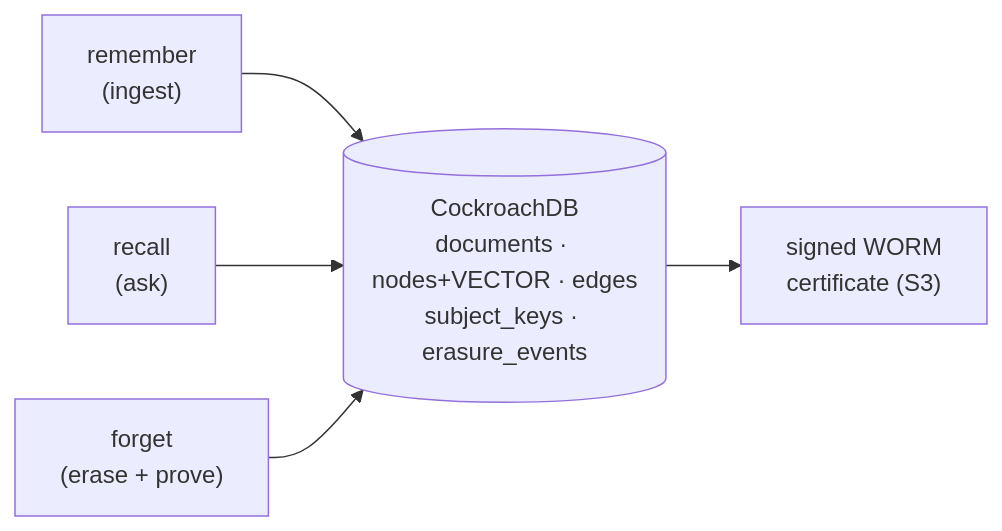
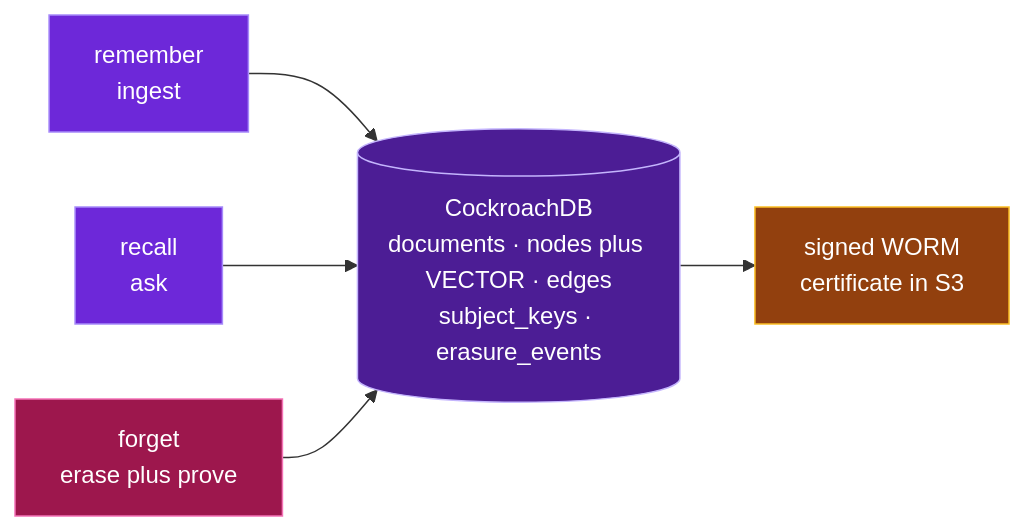
The diagram in learning/01-how-it-works/01-the-pipeline.md (vinayaksonthalia/obliviate), drawn with Mermaid before and after one commit. The commit also changed 12 other files, not shown here.

Commit message:
docs: colorful mermaid diagrams across /learn; readme header

````diff
--- a/learning/01-how-it-works/01-the-pipeline.md
+++ b/learning/01-how-it-works/01-the-pipeline.md
@@ -6,7 +6,15 @@
 ```mermaid
 flowchart LR
-  I["remember\n(ingest)"] --> S[("CockroachDB\ndocuments · nodes+VECTOR · edges\nsubject_keys · erasure_events")]
-  A["recall\n(ask)"] --> S
-  F["forget\n(erase + prove)"] --> S
-  S --> C["signed WORM\ncertificate (S3)"]
+  I["remember<br/>ingest"] --> S[("CockroachDB<br/>documents · nodes plus VECTOR · edges<br/>subject_keys · erasure_events")]
+  A["recall<br/>ask"] --> S
+  F["forget<br/>erase plus prove"] --> S
+  S --> C["signed WORM<br/>certificate in S3"]
+  class I,A v
+  class S s
+  class F bad
+  class C s3
+  classDef v fill:#6d28d9,stroke:#a78bfa,color:#fff
+  classDef s fill:#4c1d95,stroke:#c4b5fd,color:#fff
+  classDef bad fill:#9d174d,stroke:#f472b6,color:#fff
+  classDef s3 fill:#92400e,stroke:#fbbf24,color:#fff
 ```
````
